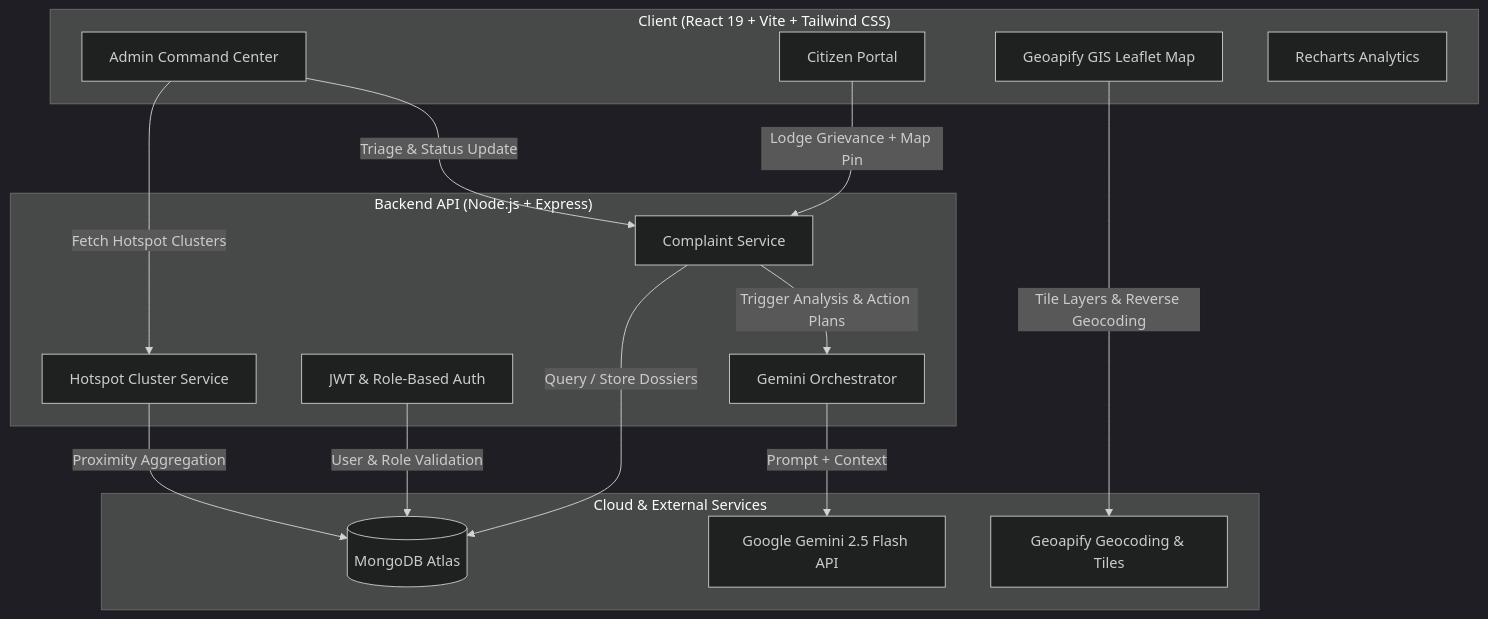
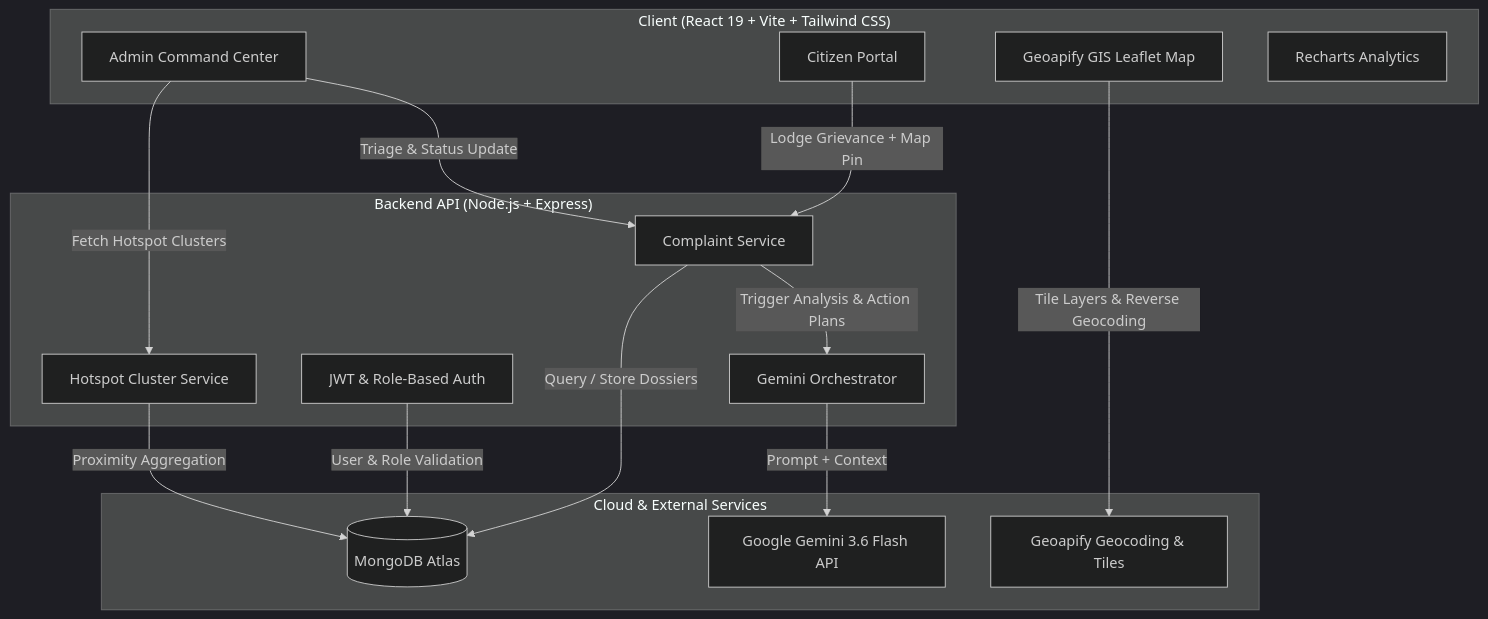
The diagram in README.md (debiprasad229/CivicAI), drawn with Mermaid (dark theme) before and after one commit. The commit also changed other lines of this file, not shown here.

````diff
--- a/README.md
+++ b/README.md
@@ -62,32 +62,32 @@
 ```mermaid
 flowchart TD
     subgraph Client ["Client (React 19 + Vite + Tailwind CSS)"]
         CP[Citizen Portal]
         AC[Admin Command Center]
         GM[Geoapify GIS Leaflet Map]
         CH[Recharts Analytics]
     end
 
     subgraph Backend ["Backend API (Node.js + Express)"]
         AUTH[JWT & Role-Based Auth]
         COMP[Complaint Service]
         HOT[Hotspot Cluster Service]
         AI_SVC[Gemini Orchestrator]
     end
 
     subgraph External ["Cloud & External Services"]
         MDB[(MongoDB Atlas)]
-        GEMINI[Google Gemini 2.5 Flash API]
+        GEMINI[Google Gemini 3.6 Flash API]
         GEO[Geoapify Geocoding & Tiles]
     end
 
     CP -->|Lodge Grievance + Map Pin| COMP
     AC -->|Triage & Status Update| COMP
     COMP -->|Query / Store Dossiers| MDB
     AUTH -->|User & Role Validation| MDB
     COMP -->|Trigger Analysis & Action Plans| AI_SVC
     AI_SVC -->|Prompt + Context| GEMINI
     GM -->|Tile Layers & Reverse Geocoding| GEO
     AC -->|Fetch Hotspot Clusters| HOT
     HOT -->|Proximity Aggregation| MDB
 ```
````
